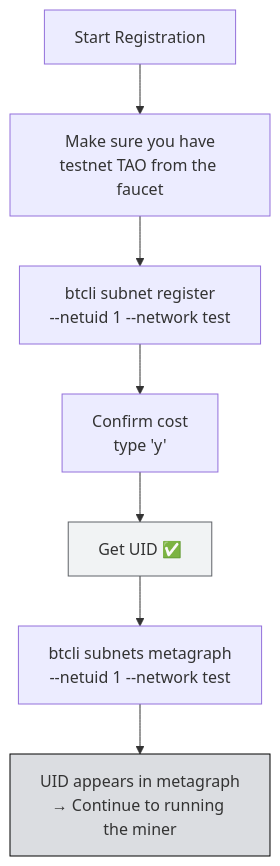
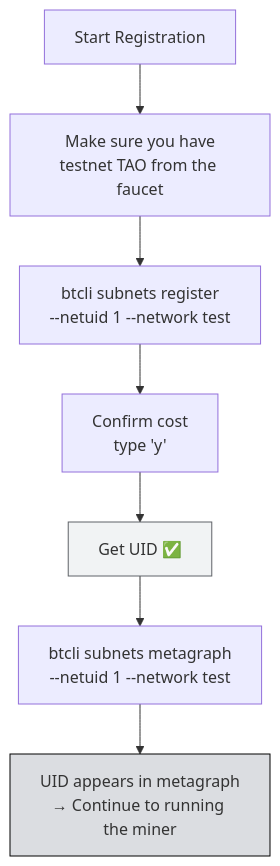
Before and after one commit to abhirupinspace/India-Bittensor-colearning: the diagram in docs/TH4-Wallets-and-Miner-Setup/04-understanding-registration.md, drawn with Mermaid. The commit also changed other lines of this file and 50 other files, not shown here.

````diff
--- a/docs/TH4-Wallets-and-Miner-Setup/04-understanding-registration.md
+++ b/docs/TH4-Wallets-and-Miner-Setup/04-understanding-registration.md
@@ -172,12 +172,12 @@
 ```mermaid
 flowchart TD
     START[Start Registration] --> FAUCET[Make sure you have<br/>testnet TAO from the faucet]
-    FAUCET --> REGISTER[btcli subnet register<br/>--netuid 1 --network test]
+    FAUCET --> REGISTER[btcli subnets register<br/>--netuid 1 --network test]
     REGISTER --> CONFIRM[Confirm cost<br/>type 'y']
     CONFIRM --> SUCCESS[Get UID ✅]
     SUCCESS --> VERIFY[btcli subnets metagraph<br/>--netuid 1 --network test]
     VERIFY --> DONE[UID appears in metagraph<br/>→ Continue to running the miner]
 
     style SUCCESS fill:#F1F3F4,stroke:#5F6368
     style DONE fill:#DBDDE1,stroke:#000000
 ```
````
